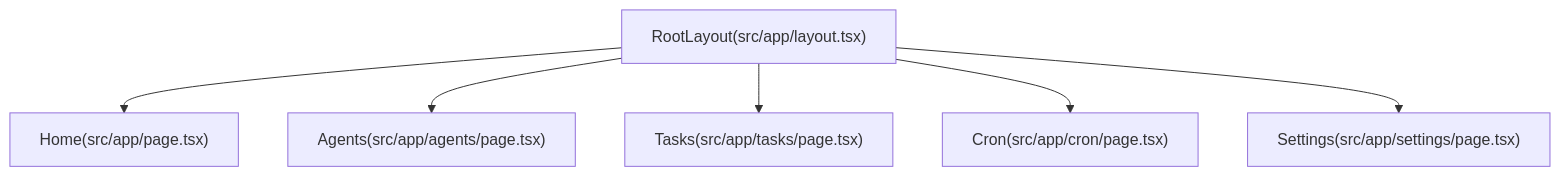
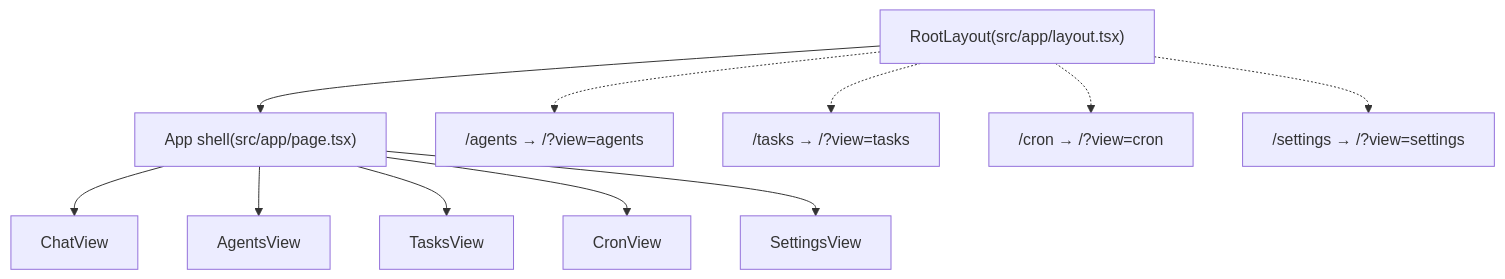
One commit to GarrettFleischer/maia changed the first of 4 diagrams in docs/architecture/frontend-architecture.md. Above: the diagram before and after it, drawn with Mermaid. The commit also changed other lines of this file and 12 other files, not shown here.

First line of the commit message:
docs: architecture and defaults updates

````diff
--- a/docs/architecture/frontend-architecture.md
+++ b/docs/architecture/frontend-architecture.md
@@ -14,15 +14,20 @@
 ```mermaid
 flowchart TD
   rootLayout["RootLayout(src/app/layout.tsx)"]
-  homePage["Home(src/app/page.tsx)"]
-  agentsPage["Agents(src/app/agents/page.tsx)"]
-  tasksPage["Tasks(src/app/tasks/page.tsx)"]
-  cronPage["Cron(src/app/cron/page.tsx)"]
-  settingsPage["Settings(src/app/settings/page.tsx)"]
+  shell["App shell(src/app/page.tsx)"]
+  shell --> chatView["ChatView"]
+  shell --> agentsView["AgentsView"]
+  shell --> tasksView["TasksView"]
+  shell --> cronView["CronView"]
+  shell --> settingsView["SettingsView"]
+  rootLayout --> shell
 
-  rootLayout --> homePage
-  rootLayout --> agentsPage
-  rootLayout --> tasksPage
-  rootLayout --> cronPage
-  rootLayout --> settingsPage
+  redirectAgents["/agents → /?view=agents"]
+  redirectTasks["/tasks → /?view=tasks"]
+  redirectCron["/cron → /?view=cron"]
+  redirectSettings["/settings → /?view=settings"]
+  rootLayout -.-> redirectAgents
+  rootLayout -.-> redirectTasks
+  rootLayout -.-> redirectCron
+  rootLayout -.-> redirectSettings
 ```
````
